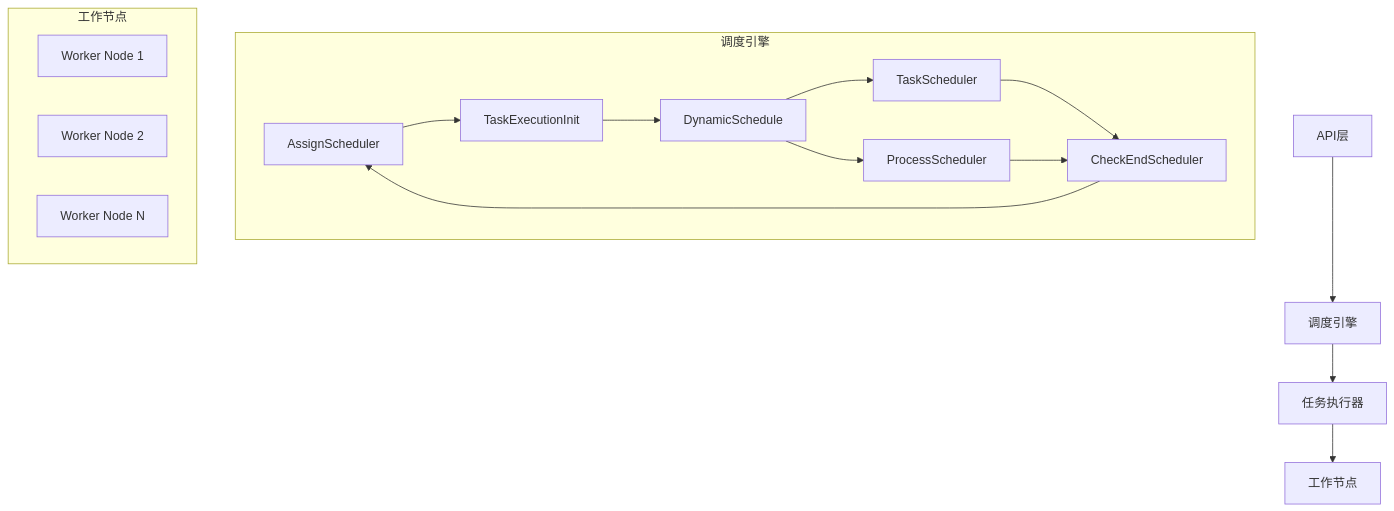
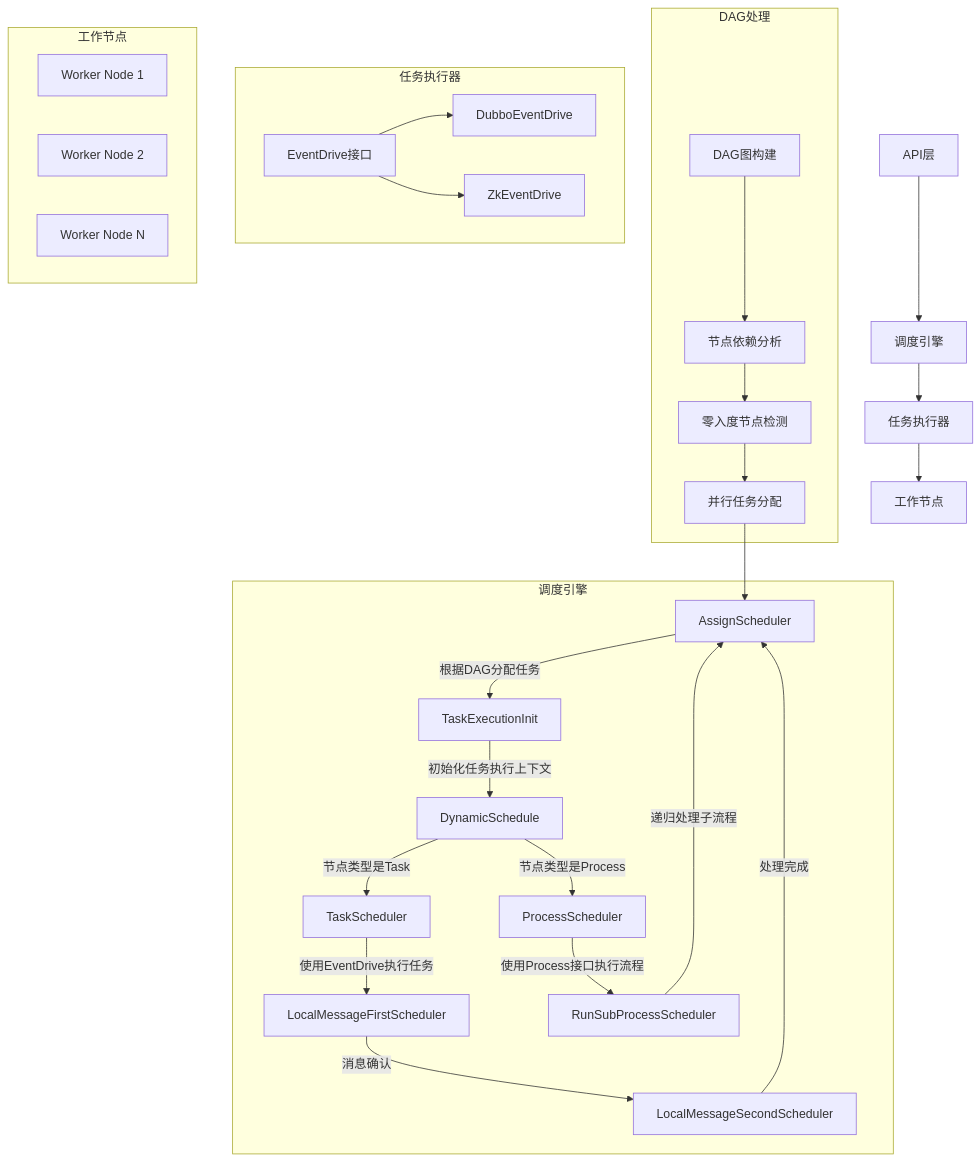
One commit to xsinxcos/Piper-AI changed the diagram in README.md. Above: the diagram before and after it, drawn with Mermaid. The commit also changed 4 other files, not shown here.

````diff
--- a/README.md
+++ b/README.md
@@ -7,22 +7,37 @@
 ```mermaid
 graph TD
     A[API层] --> B[调度引擎]
     B --> C[任务执行器]
     C --> D[工作节点]
     
     subgraph 调度引擎
-        B1[AssignScheduler] --> B2[TaskExecutionInit]
-        B2 --> B3[DynamicSchedule]
-        B3 --> B4[TaskScheduler]
-        B3 --> B5[ProcessScheduler]
-        B4 --> B6[CheckEndScheduler]
-        B5 --> B6
-        B6 --> B1
+        B1[AssignScheduler] -->|根据DAG分配任务| B2[TaskExecutionInit]
+        B2 -->|初始化任务执行上下文| B3[DynamicSchedule]
+        B3 -->|节点类型是Task| B4[TaskScheduler]
+        B3 -->|节点类型是Process| B5[ProcessScheduler]
+        B4 -->|使用EventDrive执行任务| B6[LocalMessageFirstScheduler]
+        B5 -->|使用Process接口执行流程| B7[RunSubProcessScheduler]
+        B6 -->|消息确认| B8[LocalMessageSecondScheduler]
+        B7 -->|递归处理子流程| B1
+        B8 -->|处理完成| B1
+    end
+    
+    subgraph DAG处理
+        E1[DAG图构建] --> E2[节点依赖分析]
+        E2 --> E3[零入度节点检测]
+        E3 --> E4[并行任务分配]
+    end
+    
+    subgraph 任务执行器
+        C1[EventDrive接口] --> C2[DubboEventDrive]
+        C1 --> C3[ZkEventDrive]
     end
     
     subgraph 工作节点
         D1[Worker Node 1]
         D2[Worker Node 2]
         D3[Worker Node N]
     end
+    
+    E4 --> B1
 ```
````
